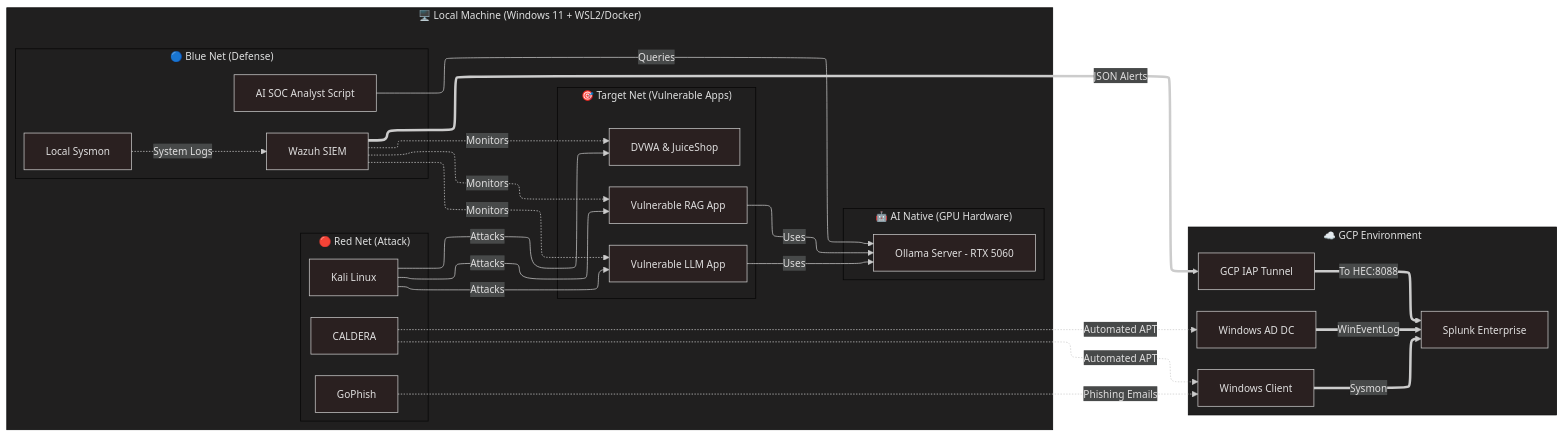
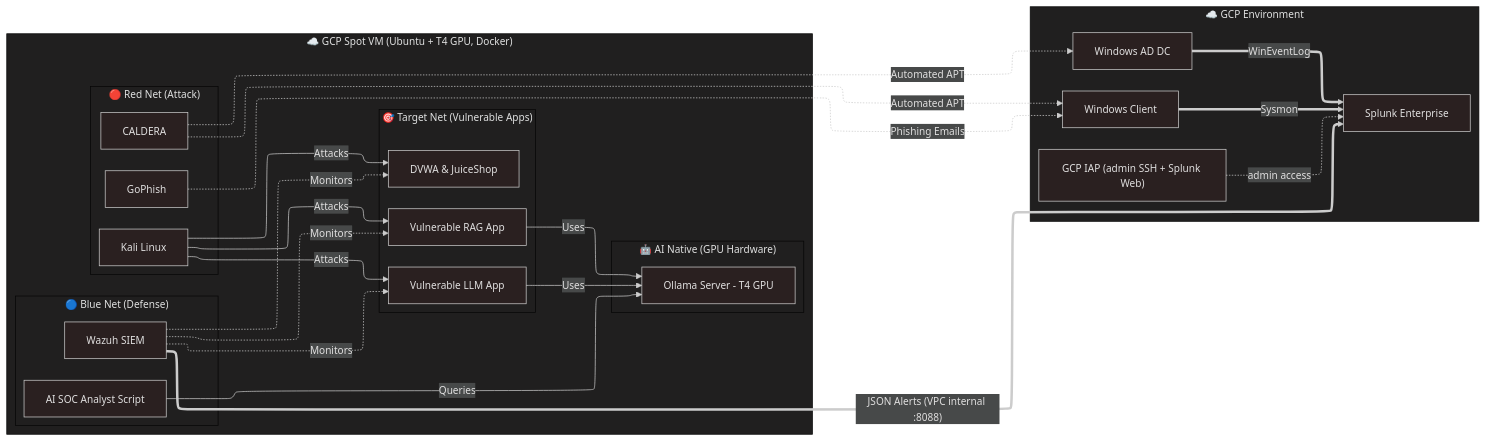
One commit to z1r0h/GCP-Homelab changed the first of 2 diagrams in AI-Security-Lab/README.md. Above: the diagram before and after it, drawn with Mermaid. The commit also changed other lines of this file, not shown here.

First line of the commit message:
Revise README for GCP-hosted lab updates

````diff
--- a/AI-Security-Lab/README.md
+++ b/AI-Security-Lab/README.md
@@ -22,50 +22,48 @@
 ```mermaid
 ---
 config:
   theme: neo-dark
   layout: elk
 ---
 flowchart LR
  subgraph subGraph0["🔵 Blue Net (Defense)"]
         W["Wazuh SIEM"]
         A["AI SOC Analyst Script"]
-        SysmonLocal["Local Sysmon"]
   end
  subgraph subGraph1["🔴 Red Net (Attack)"]
         K["Kali Linux"]
         C["CALDERA"]
         G["GoPhish"]
   end
  subgraph subGraph2["🎯 Target Net (Vulnerable Apps)"]
         D["DVWA & JuiceShop"]
         L["Vulnerable LLM App"]
         R["Vulnerable RAG App"]
   end
  subgraph subGraph3["🤖 AI Native (GPU Hardware)"]
-        O["Ollama Server - RTX 5060"]
+        O["Ollama Server - T4 GPU"]
   end
- subgraph subGraph4["🖥️ Local Machine (Windows 11 + WSL2/Docker)"]
+ subgraph subGraph4["☁️ GCP Spot VM (Ubuntu + T4 GPU, Docker)"]
         subGraph0
         subGraph1
         subGraph2
         subGraph3
   end
  subgraph subGraph5["☁️ GCP Environment"]
-        IAP["GCP IAP Tunnel"]
+        IAP["GCP IAP (admin SSH + Splunk Web)"]
         S["Splunk Enterprise"]
         AD["Windows AD DC"]
         WC["Windows Client"]
   end
     K -- Attacks --> D & L & R
     A -- Queries --> O
     L -- Uses --> O
     R -- Uses --> O
-    SysmonLocal -. System Logs .-> W
     W -. Monitors .-> D & L & R
-    W == JSON Alerts ==> IAP
-    IAP == To HEC:8088 ==> S
+    W == "JSON Alerts (VPC internal :8088)" ==> S
+    IAP -. admin access .-> S
     AD == WinEventLog ==> S
     WC == Sysmon ==> S
     C -. Automated APT .-> AD & WC
     G -. Phishing Emails .-> WC
 ```
````
